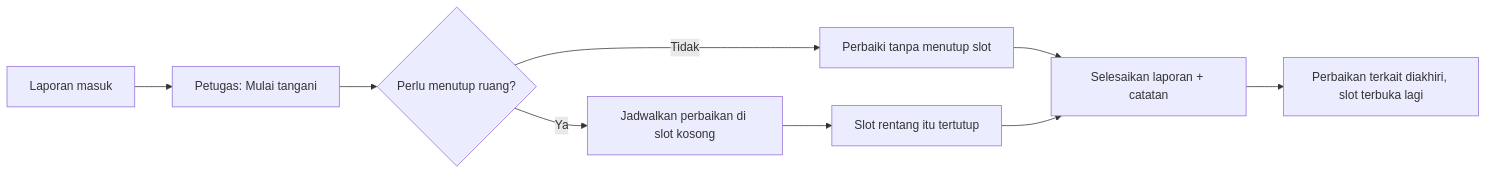
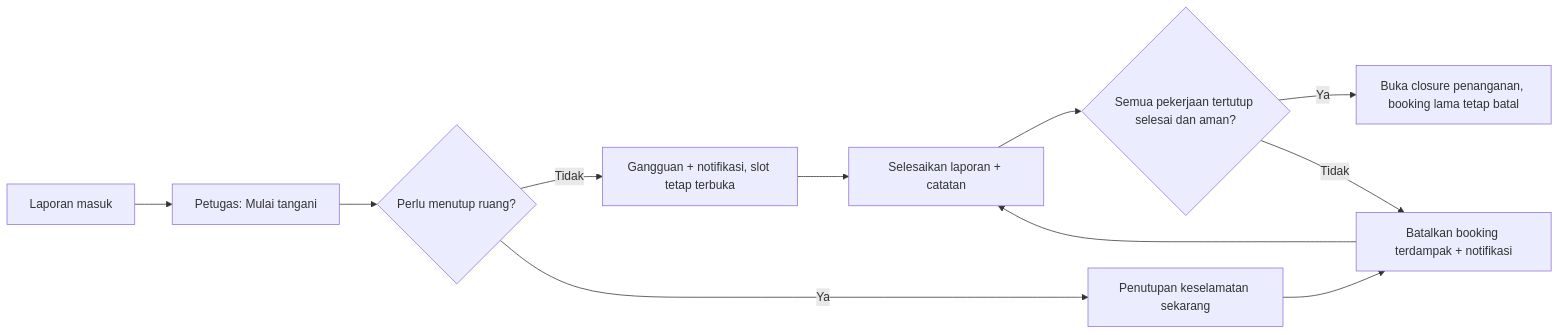
The ninth of 14 diagrams in docs/FLOWS.md (ZaidaanArd/ProjectPPK), drawn with Mermaid before and after one commit. The commit also changed other lines of this file and 26 other files, not shown here.

Commit message:
docs: synchronize policies, edge cases, diagrams and QA evidence

````diff
--- a/docs/FLOWS.md
+++ b/docs/FLOWS.md
@@ -192,11 +192,13 @@
 ```mermaid
 flowchart LR
     A[Laporan masuk] --> B[Petugas: Mulai tangani]
     B --> C{Perlu menutup ruang?}
-    C -- Tidak --> E[Perbaiki tanpa menutup slot]
-    C -- Ya --> D[Jadwalkan perbaikan di slot kosong]
-    D --> F[Slot rentang itu tertutup]
+    C -- Tidak --> E[Gangguan + notifikasi, slot tetap terbuka]
+    C -- Ya --> D[Penutupan keselamatan sekarang]
+    D --> F[Batalkan booking terdampak + notifikasi]
     E --> G[Selesaikan laporan + catatan]
     F --> G
-    G --> H[Perbaikan terkait diakhiri, slot terbuka lagi]
+    G --> H{Semua pekerjaan tertutup selesai dan aman?}
+    H -- Ya --> I[Buka closure penanganan, booking lama tetap batal]
+    H -- Tidak --> F
 ```
````
